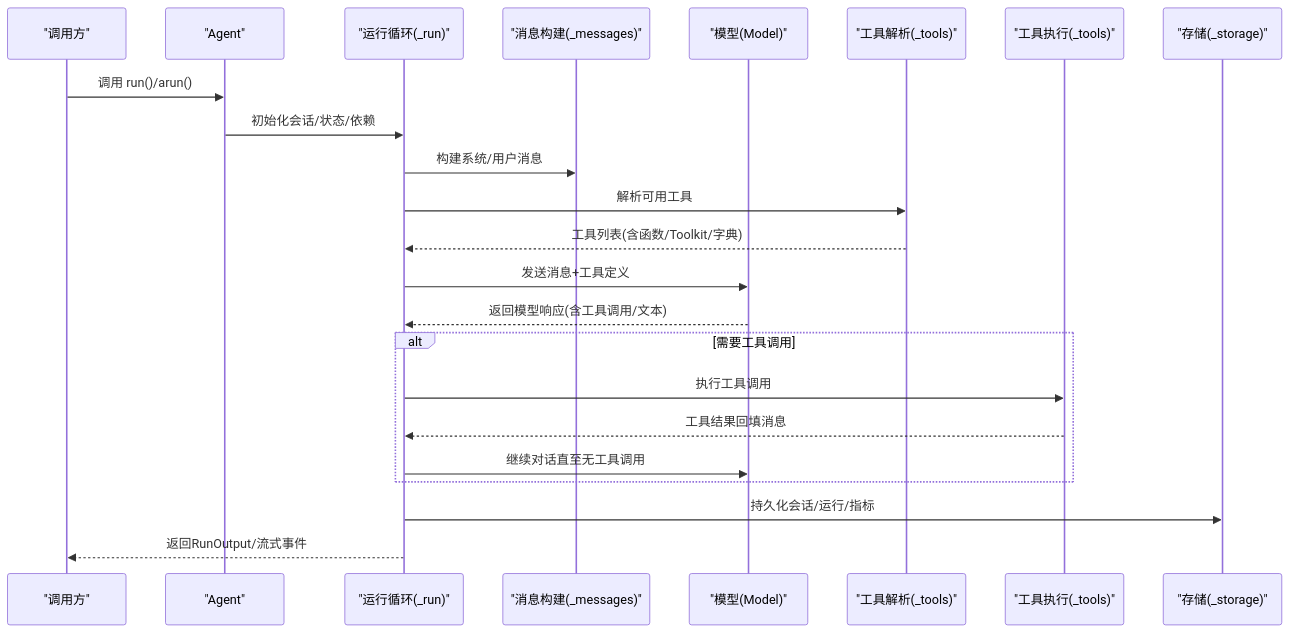
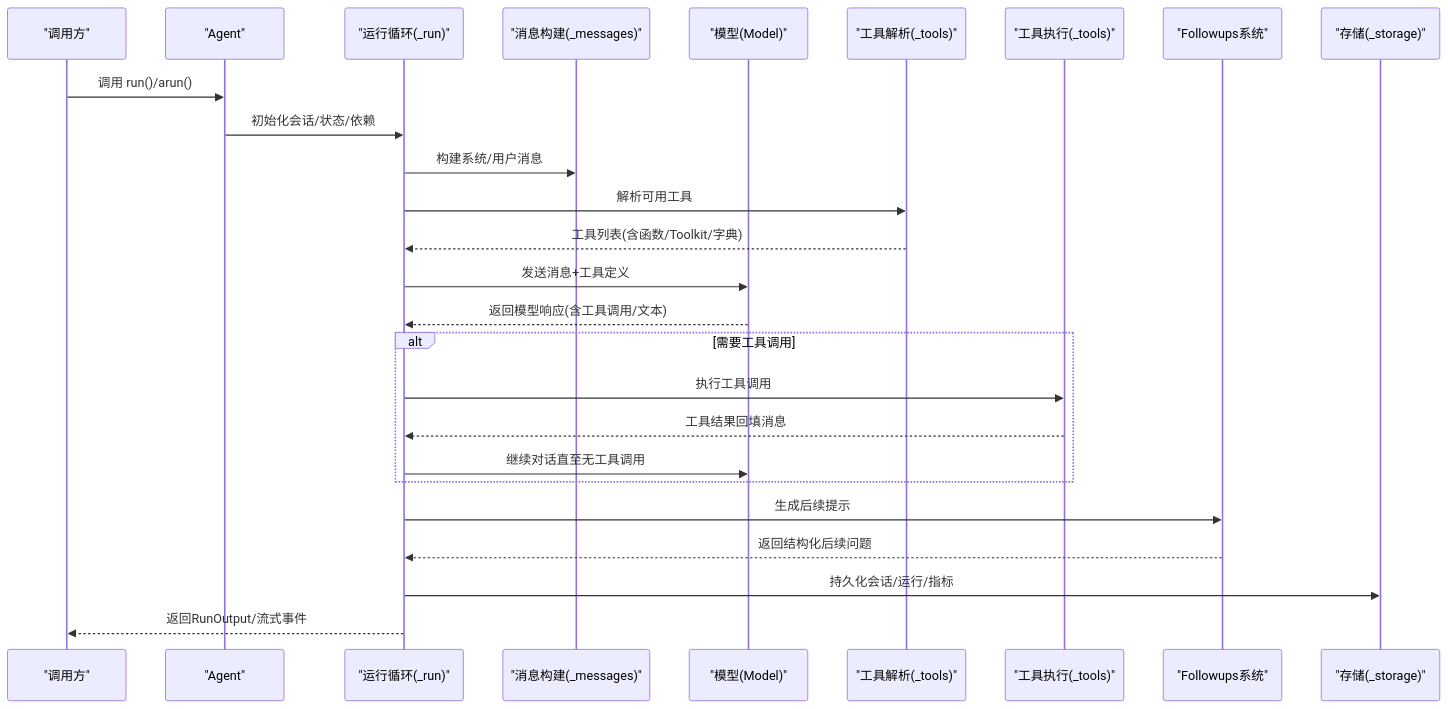
One commit to defulat-coder/agno-learn changed the second of 7 diagrams in .qoder/repowiki/zh/content/代理系统/代理系统.md. Above: the diagram before and after it, drawn with Mermaid. The commit also changed other lines of this file and 1683 other files, not shown here.

````diff
--- a/.qoder/repowiki/zh/content/代理系统/代理系统.md
+++ b/.qoder/repowiki/zh/content/代理系统/代理系统.md
@@ -97,25 +111,28 @@
 ```mermaid
 sequenceDiagram
 participant U as "调用方"
 participant AG as "Agent"
 participant RS as "运行循环(_run)"
 participant MS as "消息构建(_messages)"
 participant MD as "模型(Model)"
 participant TL as "工具解析(_tools)"
 participant TE as "工具执行(_tools)"
+participant FU as "Followups系统"
 participant ST as "存储(_storage)"
 U->>AG : 调用 run()/arun()
 AG->>RS : 初始化会话/状态/依赖
 RS->>MS : 构建系统/用户消息
 RS->>TL : 解析可用工具
 TL-->>RS : 工具列表(含函数/Toolkit/字典)
 RS->>MD : 发送消息+工具定义
 MD-->>RS : 返回模型响应(含工具调用/文本)
 alt 需要工具调用
 RS->>TE : 执行工具调用
 TE-->>RS : 工具结果回填消息
 RS->>MD : 继续对话直至无工具调用
 end
+RS->>FU : 生成后续提示
+FU-->>RS : 返回结构化后续问题
 RS->>ST : 持久化会话/运行/指标
 RS-->>U : 返回RunOutput/流式事件
 ```
````
